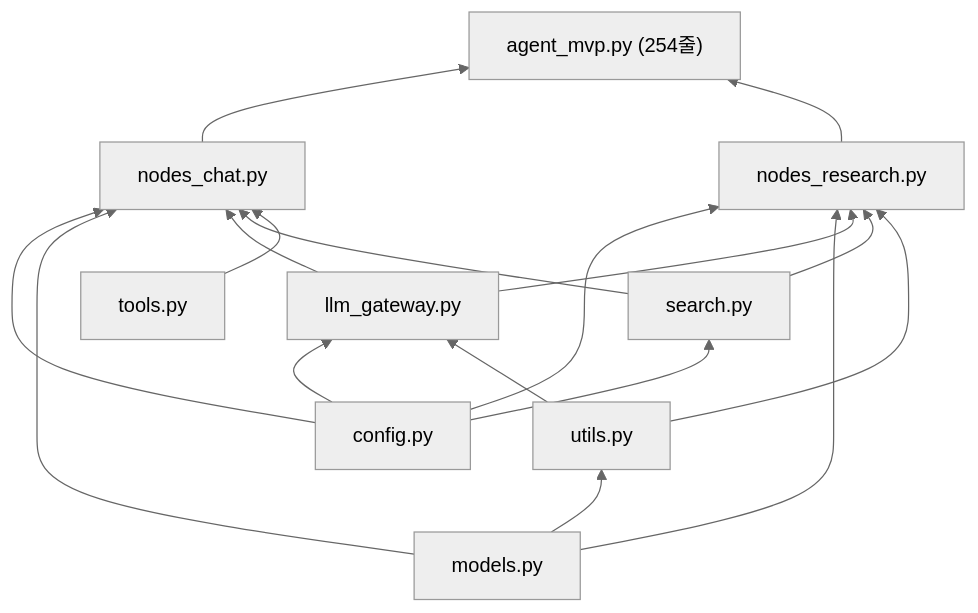
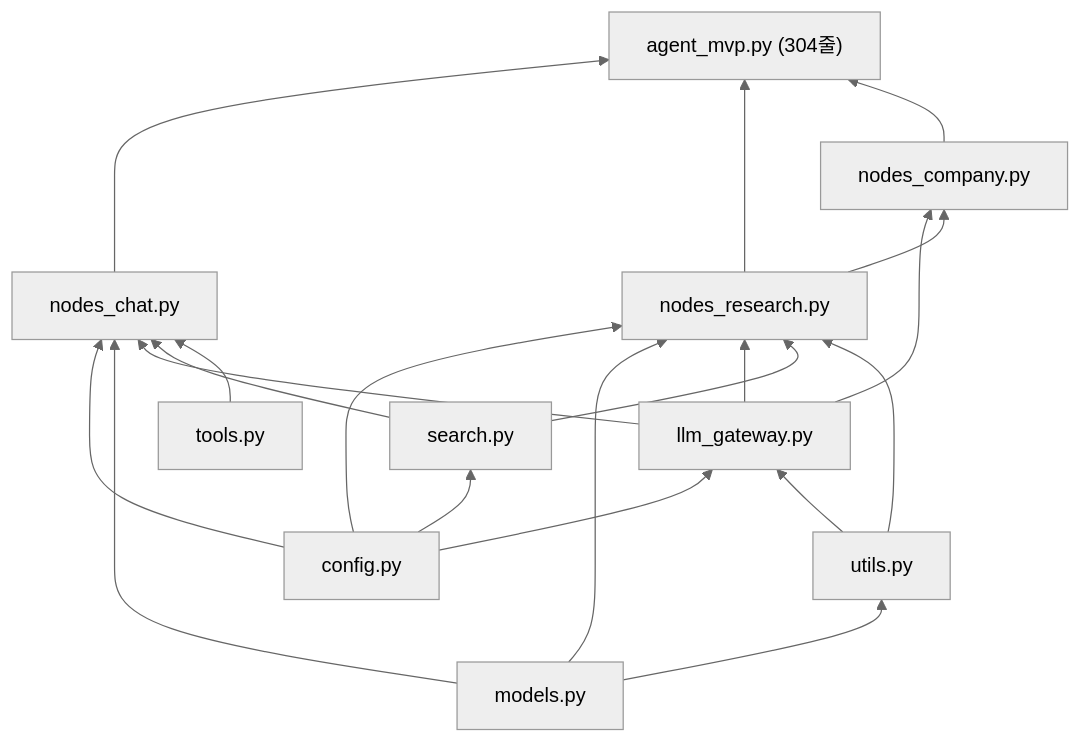
The fourth of 6 diagrams in notion-portfolio.md (leovis87/portfolio-showcase), drawn with Mermaid (neutral theme) before and after one commit. The commit also changed other lines of this file and 5 other files, not shown here.

````diff
--- a/notion-portfolio.md
+++ b/notion-portfolio.md
@@ -154,19 +178,22 @@
 ```mermaid
 graph BT
     config["config.py"] --> llm["llm_gateway.py"]
     config --> search["search.py"]
     models["models.py"] --> utils["utils.py"]
     utils --> llm
     config --> chat["nodes_chat.py"]
     models --> chat
     llm --> chat
     search --> chat
     tools["tools.py"] --> chat
     config --> research["nodes_research.py"]
     models --> research
     llm --> research
     search --> research
     utils --> research
-    chat --> agent["agent_mvp.py (254줄)"]
+    llm --> company["nodes_company.py"]
+    research --> company
+    chat --> agent["agent_mvp.py (304줄)"]
     research --> agent
+    company --> agent
 ```
````
